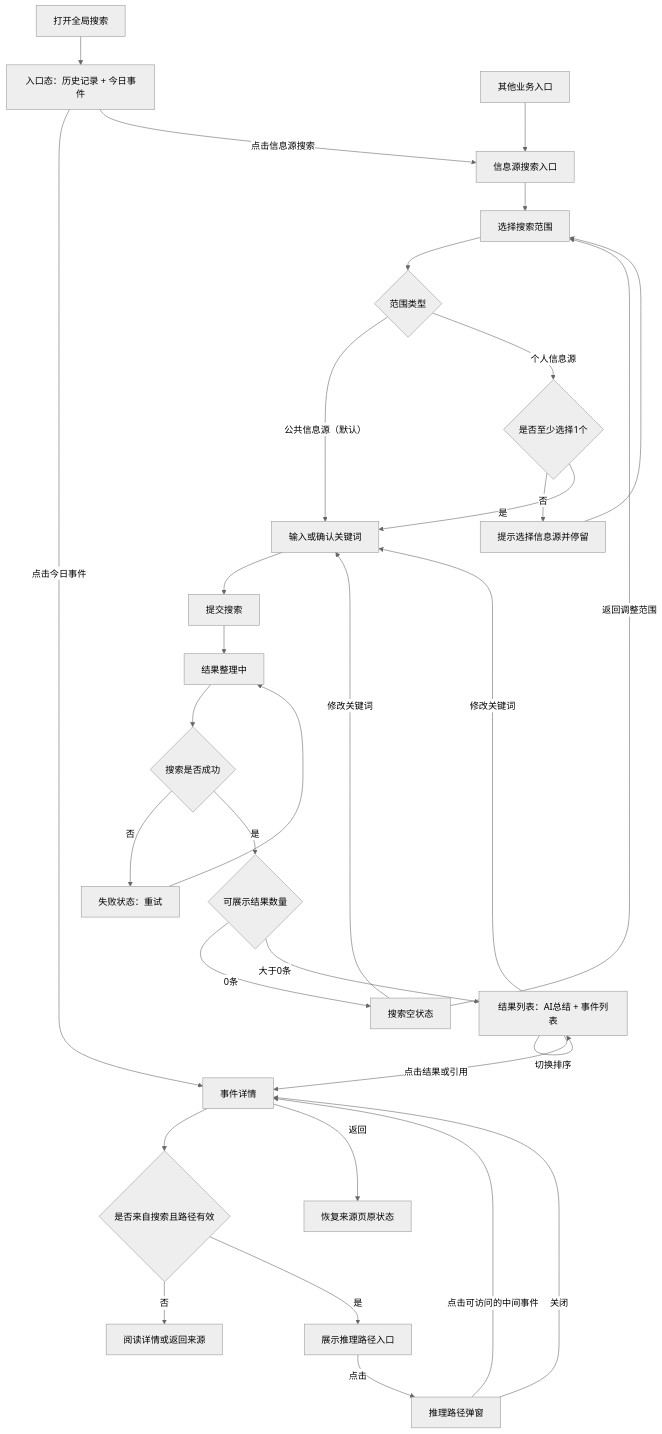
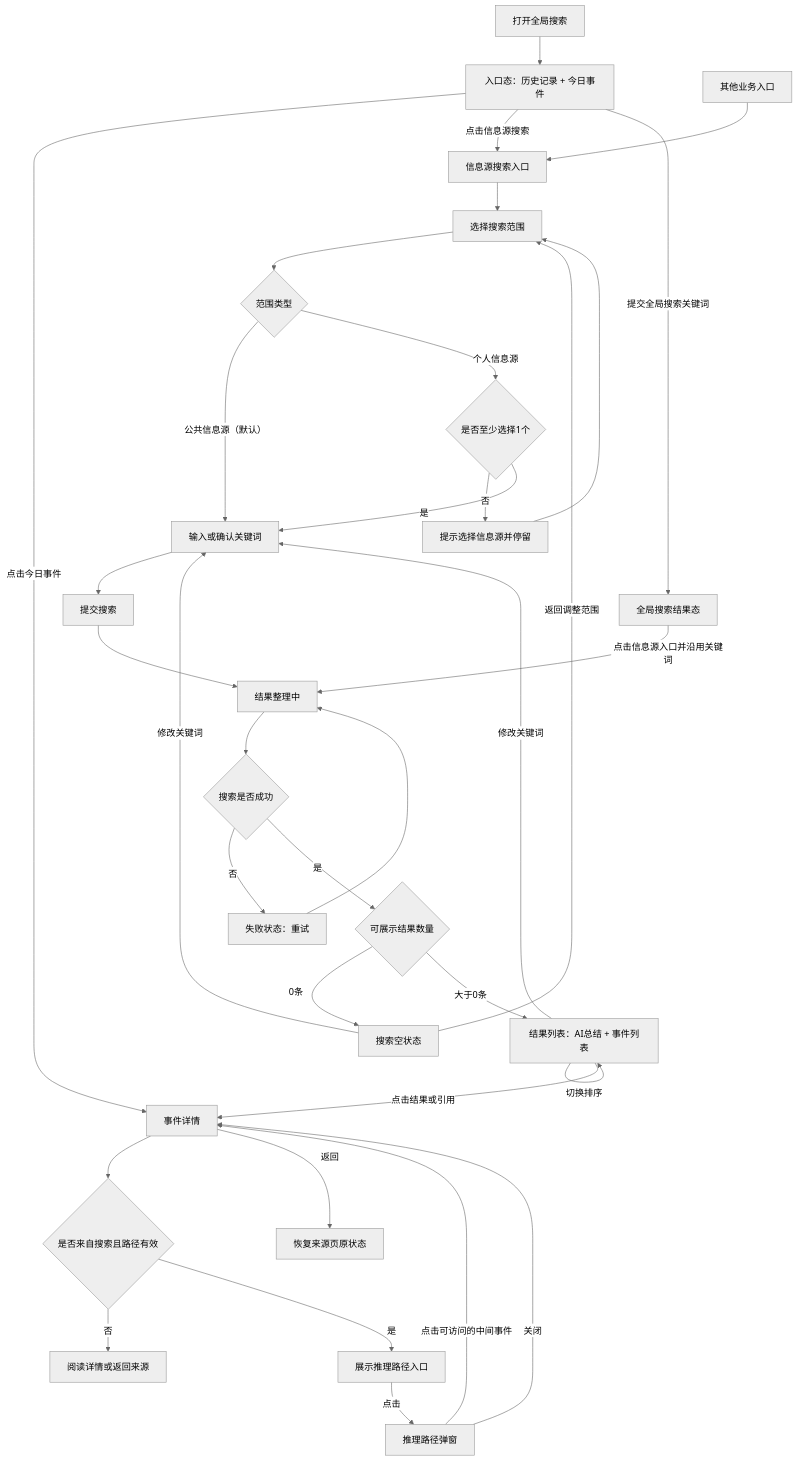
One commit to simiy70/zleap-app changed the second of 2 diagrams in 信息源搜索-需求文档.md. Above: the diagram before and after it, drawn with Mermaid (neutral theme). The commit also changed other lines of this file, not shown here.

````diff
--- a/信息源搜索-需求文档.md
+++ b/信息源搜索-需求文档.md
@@ -70,38 +74,40 @@
 ```mermaid
 flowchart TD
     A["打开全局搜索"] --> B["入口态：历史记录 + 今日事件"]
     B -->|"点击今日事件"| M["事件详情"]
     B -->|"点击信息源搜索"| C["信息源搜索入口"]
+    B -->|"提交全局搜索关键词"| W["全局搜索结果态"]
+    W -->|"点击信息源入口并沿用关键词"| J
     N["其他业务入口"] --> C
 
     C --> D["选择搜索范围"]
     D --> E{"范围类型"}
     E -->|"公共信息源（默认）"| H["输入或确认关键词"]
     E -->|"个人信息源"| F{"是否至少选择1个"}
     F -->|"否"| G["提示选择信息源并停留"]
     G --> D
     F -->|"是"| H
 
     H --> I["提交搜索"]
     I --> J["结果整理中"]
     J --> K{"搜索是否成功"}
     K -->|"否"| L["失败状态：重试"]
     L --> J
     K -->|"是"| O{"可展示结果数量"}
     O -->|"0条"| P["搜索空状态"]
     P -->|"修改关键词"| H
     P -->|"返回调整范围"| D
     O -->|"大于0条"| Q["结果列表：AI总结 + 事件列表"]
 
     Q -->|"切换排序"| Q
     Q -->|"修改关键词"| H
     Q -->|"点击结果或引用"| M
 
     M --> R{"是否来自搜索且路径有效"}
     R -->|"否"| S["阅读详情或返回来源"]
     R -->|"是"| T["展示推理路径入口"]
     T -->|"点击"| U["推理路径弹窗"]
     U -->|"点击可访问的中间事件"| M
     U -->|"关闭"| M
     M -->|"返回"| V["恢复来源页原状态"]
 ```
````
